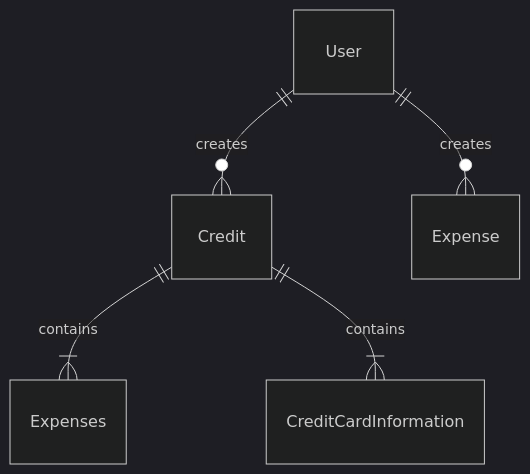
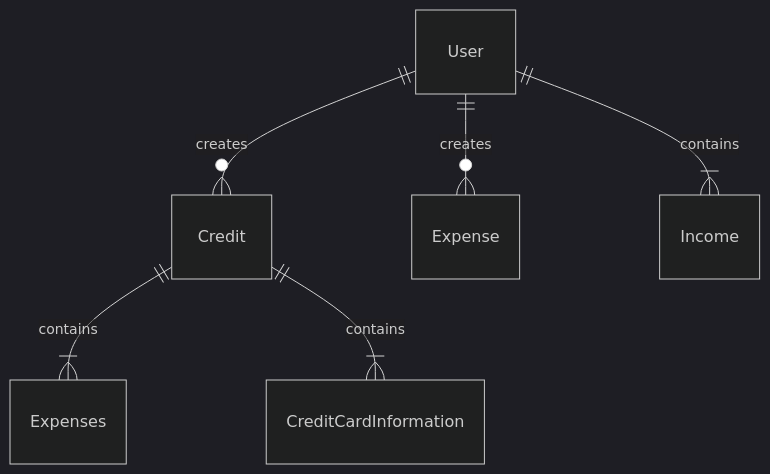
Before and after one commit to AguilarAS/track-expenses: the first of 2 diagrams in README.md, drawn with Mermaid.

Commit message:
fix first diagram

````diff
--- a/README.md
+++ b/README.md
@@ -36,8 +36,9 @@
 ```mermaid
 %%{init: {'theme':'dark'}}%%
 erDiagram
     User ||--o{ Credit: creates
     User ||--o{ Expense: creates
+    User||--|{ Income: contains
     Credit||--|{ Expenses: contains
     Credit||--|{ CreditCardInformation: contains
 ```
````
